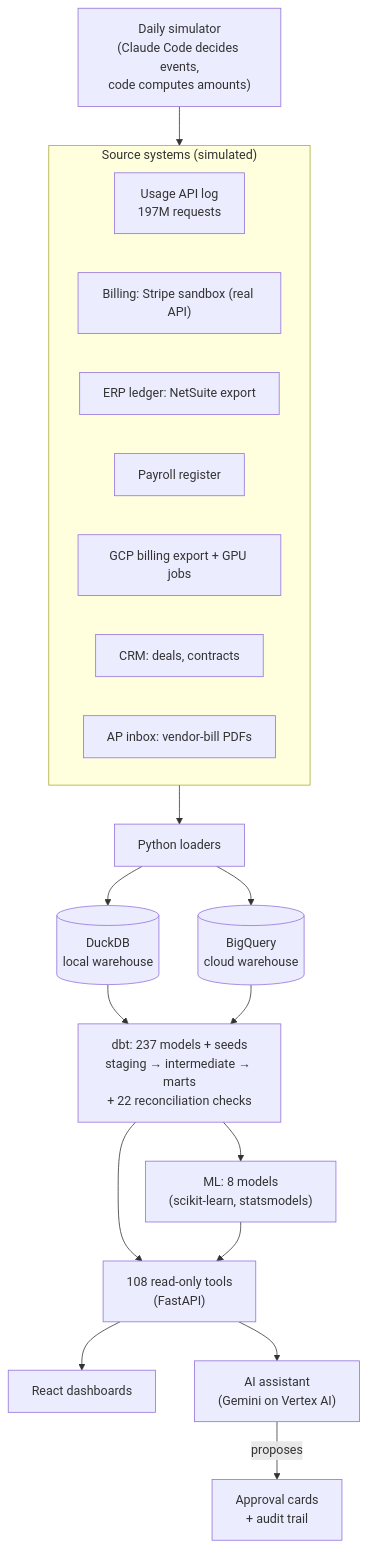
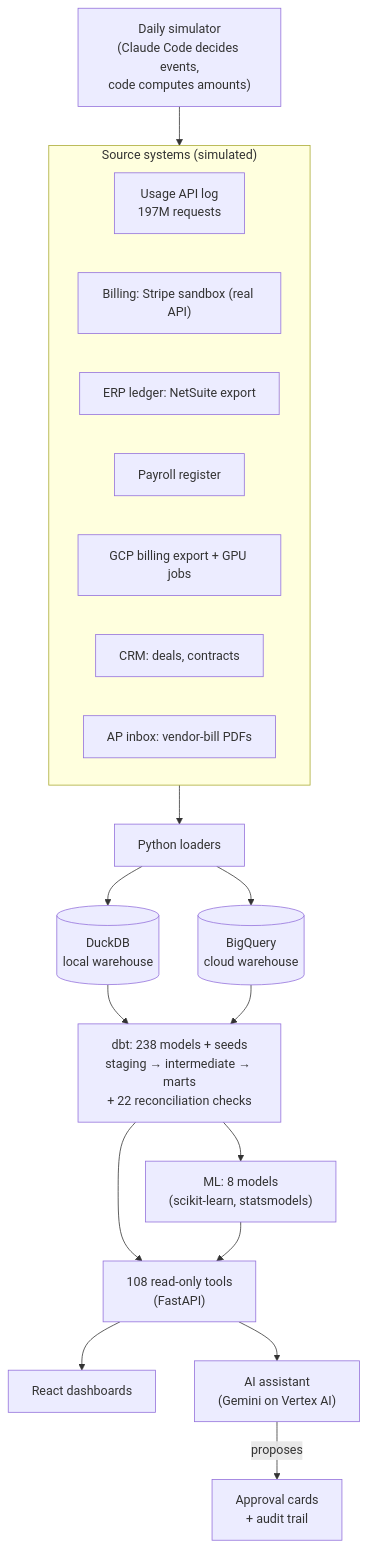
One commit to sivram04/finance-os changed the first of 5 diagrams in README.md. Above: the diagram before and after it, drawn with Mermaid. The commit also changed other lines of this file and 14 other files, not shown here.

````diff
--- a/README.md
+++ b/README.md
@@ -76,25 +76,25 @@
 ```mermaid
 flowchart TB
   subgraph SRC["Source systems (simulated)"]
     direction LR
     A1["Usage API log<br/>197M requests"]
     A2["Billing: Stripe sandbox (real API)"]
     A3["ERP ledger: NetSuite export"]
     A4["Payroll register"]
     A5["GCP billing export + GPU jobs"]
     A6["CRM: deals, contracts"]
     A7["AP inbox: vendor-bill PDFs"]
   end
   SIM["Daily simulator<br/>(Claude Code decides events,<br/>code computes amounts)"] --> SRC
   SRC --> LOAD["Python loaders"]
   LOAD --> DUCK[("DuckDB<br/>local warehouse")]
   LOAD --> BQ[("BigQuery<br/>cloud warehouse")]
-  DUCK --> DBT["dbt: 237 models + seeds<br/>staging → intermediate → marts<br/>+ 22 reconciliation checks"]
+  DUCK --> DBT["dbt: 238 models + seeds<br/>staging → intermediate → marts<br/>+ 22 reconciliation checks"]
   BQ --> DBT
   DBT --> ML["ML: 8 models<br/>(scikit-learn, statsmodels)"]
   DBT --> TOOLS["108 read-only tools<br/>(FastAPI)"]
   ML --> TOOLS
   TOOLS --> UI["React dashboards"]
   TOOLS --> AI["AI assistant<br/>(Gemini on Vertex AI)"]
   AI -->|"proposes"| APPROVE["Approval cards<br/>+ audit trail"]
 ```
````
